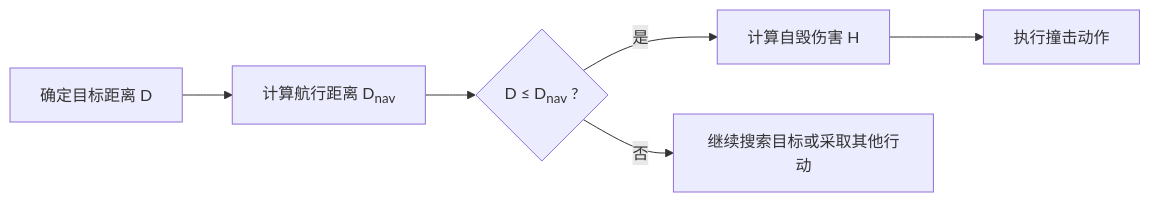
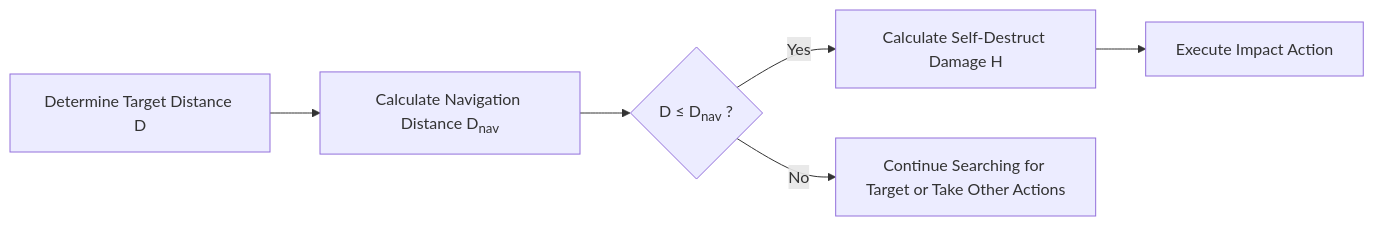
Before and after one commit to sleetish/md2visio-gui: the eighth of 9 diagrams in md2visio/test/graph.md, drawn with Mermaid. The commit also changed other lines of this file and 11 other files, not shown here.

````diff
--- a/md2visio/test/graph.md
+++ b/md2visio/test/graph.md
@@ -145,8 +145,8 @@
 ```mermaid
 graph LR
-    A[确定目标距离 D] --> B[计算航行距离 D<sub>nav</sub>]
+    A[Determine Target Distance D] --> B[Calculate Navigation Distance D<sub>nav</sub>]
     B --> C{D ≤ D<sub>nav</sub> ?}
-    C -->|是| D[计算自毁伤害 H]
-    D --> E[执行撞击动作]
-    C -->|否| F[继续搜索目标或采取其他行动]
+    C -->|Yes| D[Calculate Self-Destruct Damage H]
+    D --> E[Execute Impact Action]
+    C -->|No| F[Continue Searching for Target or Take Other Actions]
 ```
````
